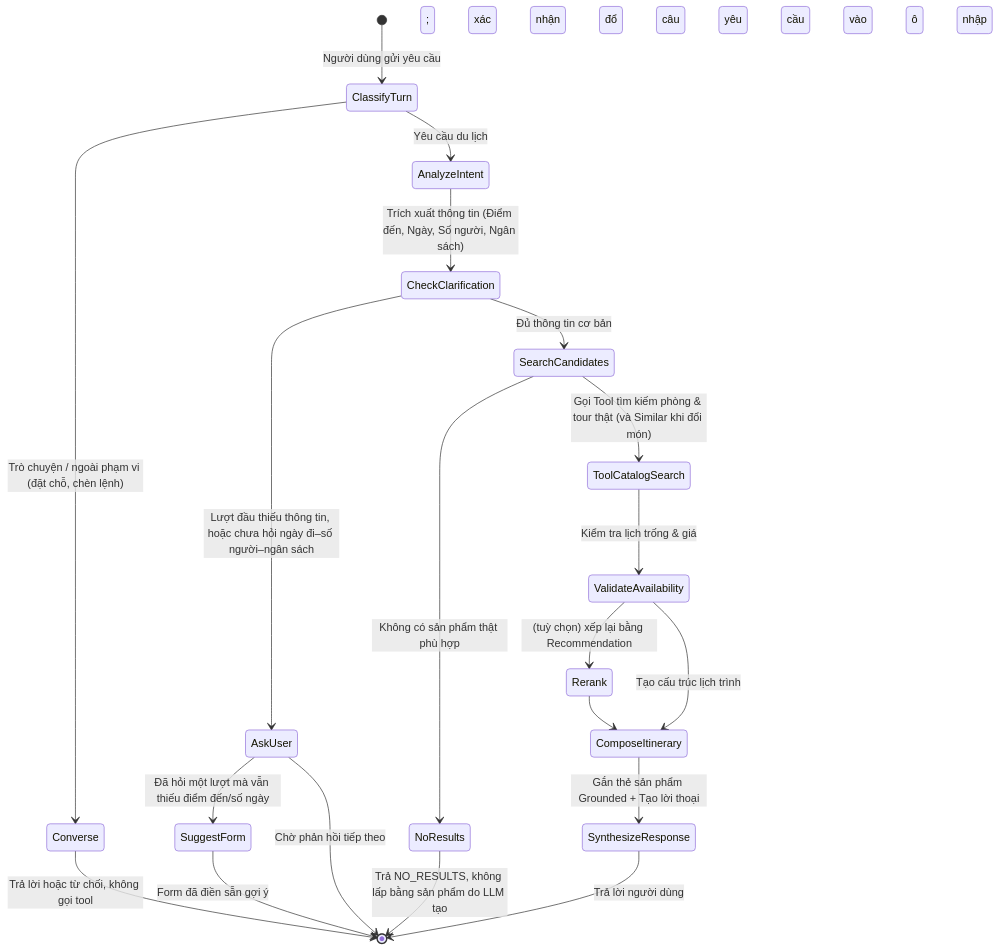
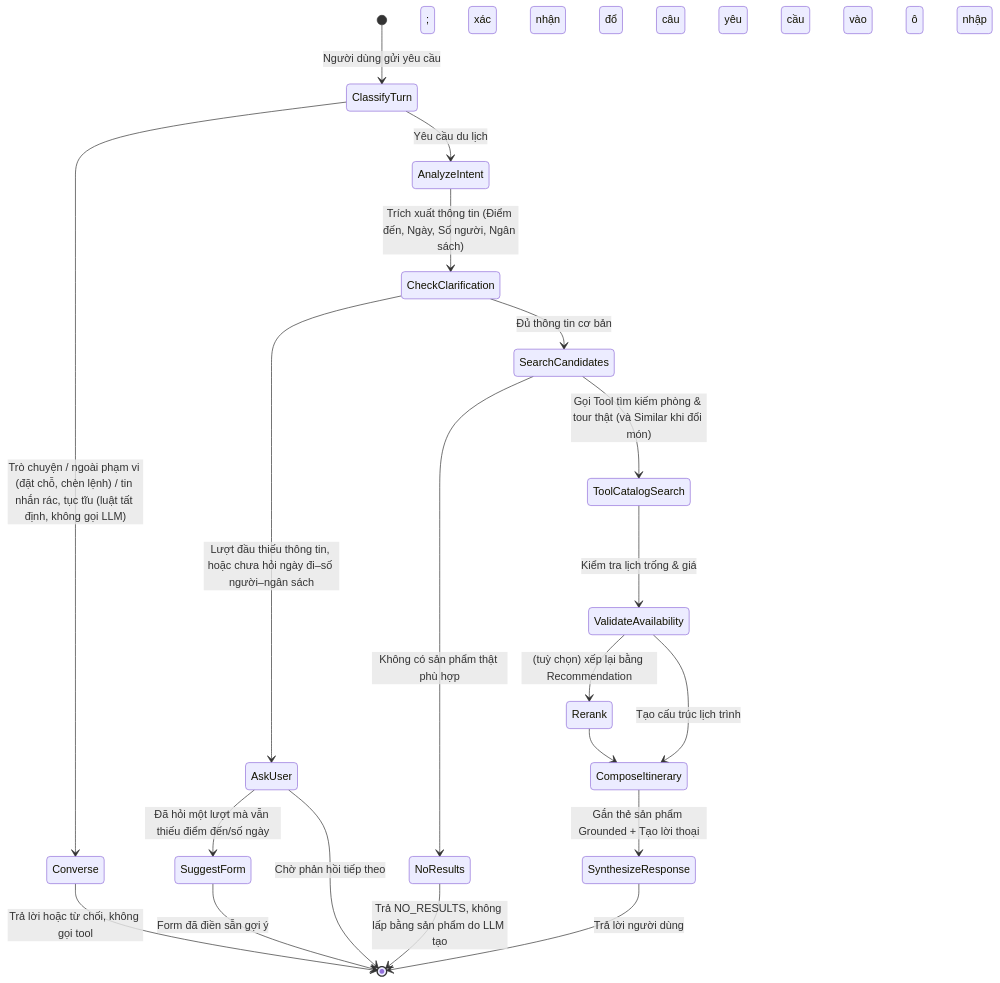
The second of 2 diagrams in docs/prd/architecture.md (NguyenNhat4/Travel-Recommend-System), drawn with Mermaid before and after one commit. The commit also changed other lines of this file and 18 other files, not shown here.

First line of the commit message:
feat(agent): guardrail tầng 1 lọc tin nhắn rác trước LLM và rate limit trợ lý

````diff
--- a/docs/prd/architecture.md
+++ b/docs/prd/architecture.md
@@ -172,25 +172,25 @@
 ```mermaid
 stateDiagram-v2
     [*] --> ClassifyTurn: Người dùng gửi yêu cầu
-    ClassifyTurn --> Converse: Trò chuyện / ngoài phạm vi (đặt chỗ, chèn lệnh)
+    ClassifyTurn --> Converse: Trò chuyện / ngoài phạm vi (đặt chỗ, chèn lệnh) / tin nhắn rác, tục tĩu (luật tất định, không gọi LLM)
     Converse --> [*]: Trả lời hoặc từ chối, không gọi tool
     ClassifyTurn --> AnalyzeIntent: Yêu cầu du lịch
     AnalyzeIntent --> CheckClarification: Trích xuất thông tin (Điểm đến, Ngày, Số người, Ngân sách)
     
     CheckClarification --> AskUser: Lượt đầu thiếu thông tin, hoặc chưa hỏi ngày đi–số người–ngân sách
     AskUser --> SuggestForm: Đã hỏi một lượt mà vẫn thiếu điểm đến/số ngày
     SuggestForm --> [*]: Form đã điền sẵn gợi ý; xác nhận đổ câu yêu cầu vào ô nhập
     AskUser --> [*]: Chờ phản hồi tiếp theo
     
     CheckClarification --> SearchCandidates: Đủ thông tin cơ bản
     SearchCandidates --> ToolCatalogSearch: Gọi Tool tìm kiếm phòng & tour thật (và Similar khi đổi món)
     ToolCatalogSearch --> ValidateAvailability: Kiểm tra lịch trống & giá
     
     SearchCandidates --> NoResults: Không có sản phẩm thật phù hợp
     NoResults --> [*]: Trả NO_RESULTS, không lấp bằng sản phẩm do LLM tạo
     ValidateAvailability --> Rerank: (tuỳ chọn) xếp lại bằng Recommendation
     Rerank --> ComposeItinerary
     ValidateAvailability --> ComposeItinerary: Tạo cấu trúc lịch trình
     ComposeItinerary --> SynthesizeResponse: Gắn thẻ sản phẩm Grounded + Tạo lời thoại
     SynthesizeResponse --> [*]: Trả lời người dùng
 ```
````
